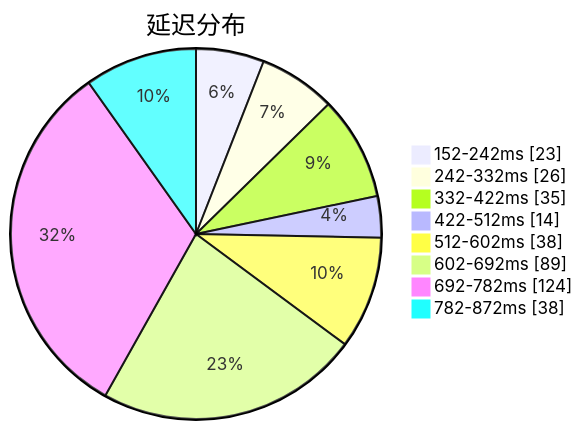
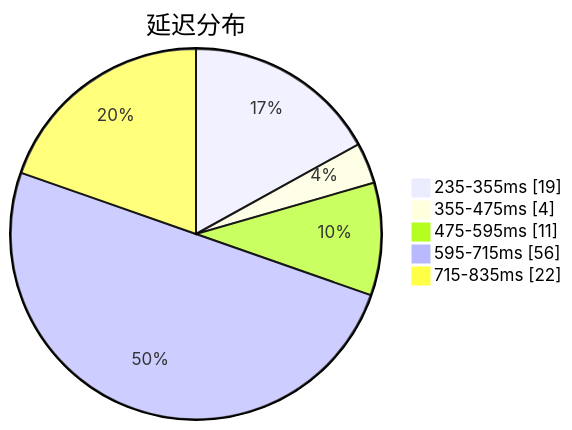
One commit to qjlxg/airport changed the first of 3 diagrams in subs/statistics/tested_within.md. Above: the diagram before and after it, drawn with Mermaid. The commit also changed other lines of this file and 2 other files, not shown here.

Commit message:
Tested by metaST

````diff
--- a/subs/statistics/tested_within.md
+++ b/subs/statistics/tested_within.md
@@ -2,12 +2,9 @@
 ```mermaid
 pie showData
 title 延迟分布
-"152-242ms" : 23
-"242-332ms" : 26
-"332-422ms" : 35
-"422-512ms" : 14
-"512-602ms" : 38
-"602-692ms" : 89
-"692-782ms" : 124
-"782-872ms" : 38
+"235-355ms" : 19
+"355-475ms" : 4
+"475-595ms" : 11
+"595-715ms" : 56
+"715-835ms" : 22
 ```
````
